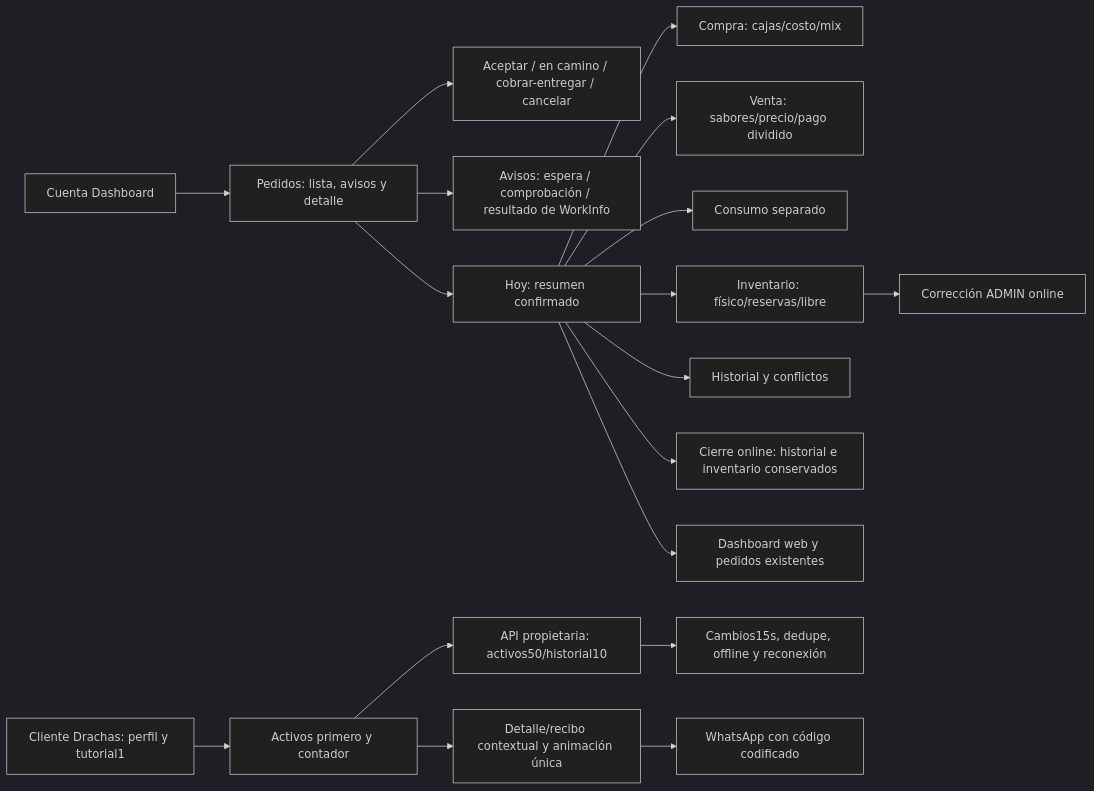
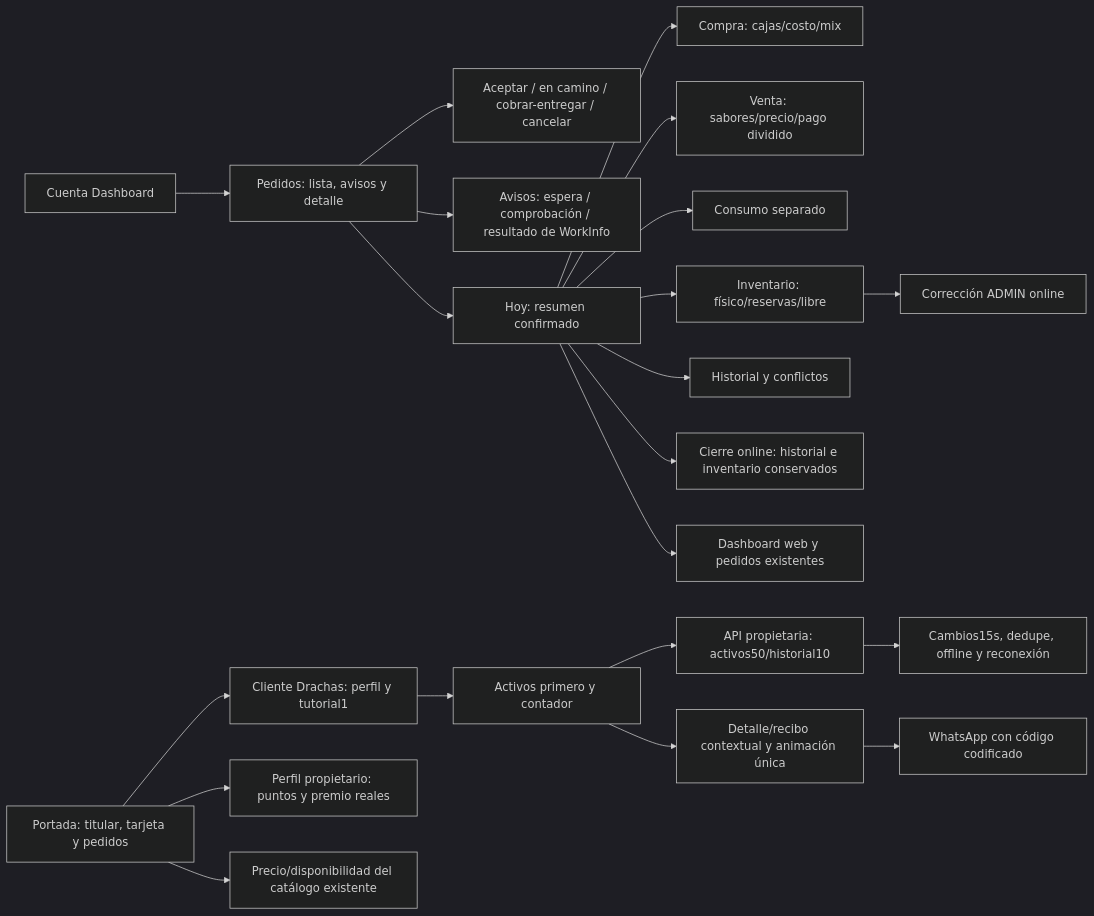
One commit to NotKingbryanPY/donas-racha changed the diagram in docs/knowledge/diagrams/06-ui.mmd. Above: the diagram before and after it, drawn with Mermaid (dark theme). The commit also changed 27 other files, not shown here.

```diff
--- a/docs/knowledge/diagrams/06-ui.mmd
+++ b/docs/knowledge/diagrams/06-ui.mmd
@@ -1,18 +1,22 @@
 flowchart LR
   account["Cuenta Dashboard"] --> orders["Pedidos: lista, avisos y detalle"]
   orders --> action["Aceptar / en camino / cobrar-entregar / cancelar"]
   orders --> check["Avisos: espera / comprobación / resultado de WorkInfo"]
   orders --> today["Hoy: resumen confirmado"]
   today --> purchase["Compra: cajas/costo/mix"]
   today --> sale["Venta: sabores/precio/pago dividido"]
   today --> consume["Consumo separado"]
   today --> inventory["Inventario: físico/reservas/libre"]
   inventory --> correction["Corrección ADMIN online"]
   today --> history["Historial y conflictos"]
   today --> close["Cierre online: historial e inventario conservados"]
   today --> dashboard["Dashboard web y pedidos existentes"]
   profile["Cliente Drachas: perfil y tutorial1"] --> customerOrders["Activos primero y contador"]
   customerOrders --> privateApi["API propietaria: activos50/historial10"]
   privateApi --> notices["Cambios15s, dedupe, offline y reconexión"]
   customerOrders --> receipt["Detalle/recibo contextual y animación única"]
   receipt --> whatsapp["WhatsApp con código codificado"]
+
+  landing["Portada: titular, tarjeta y pedidos"] --> profile
+  landing --> loyalty["Perfil propietario: puntos y premio reales"]
+  landing --> catalog["Precio/disponibilidad del catálogo existente"]
```
